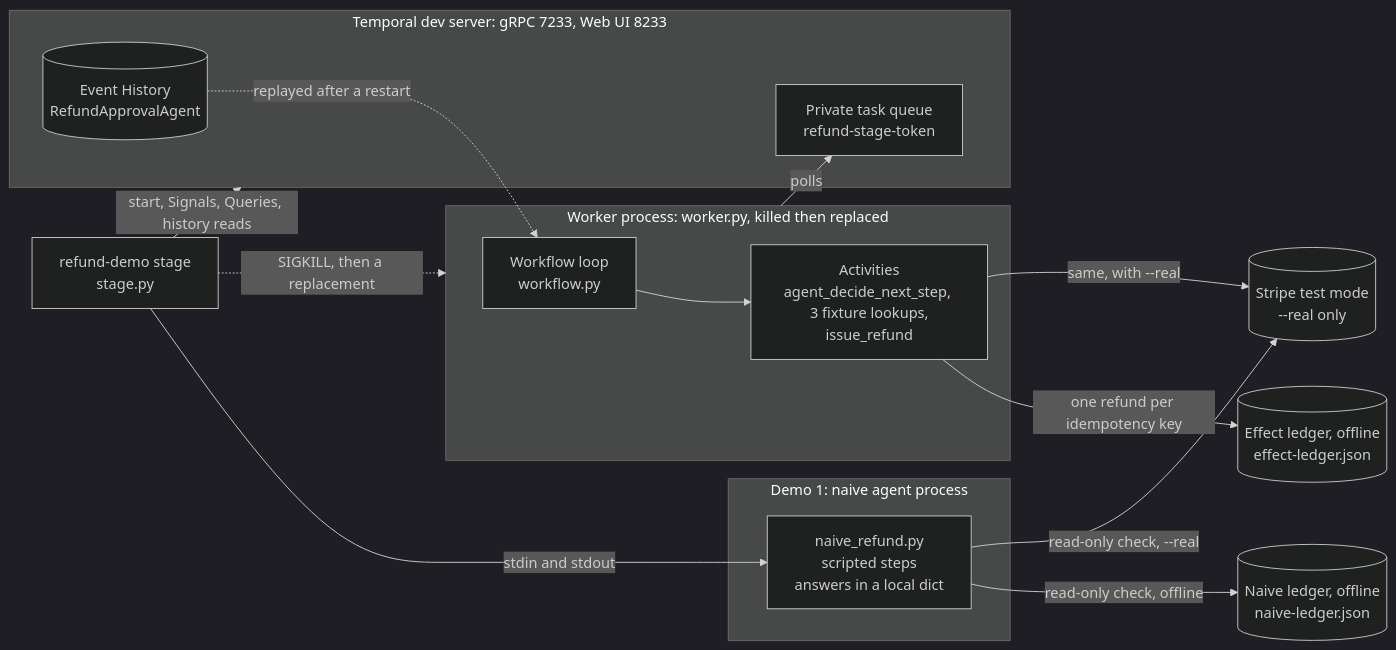
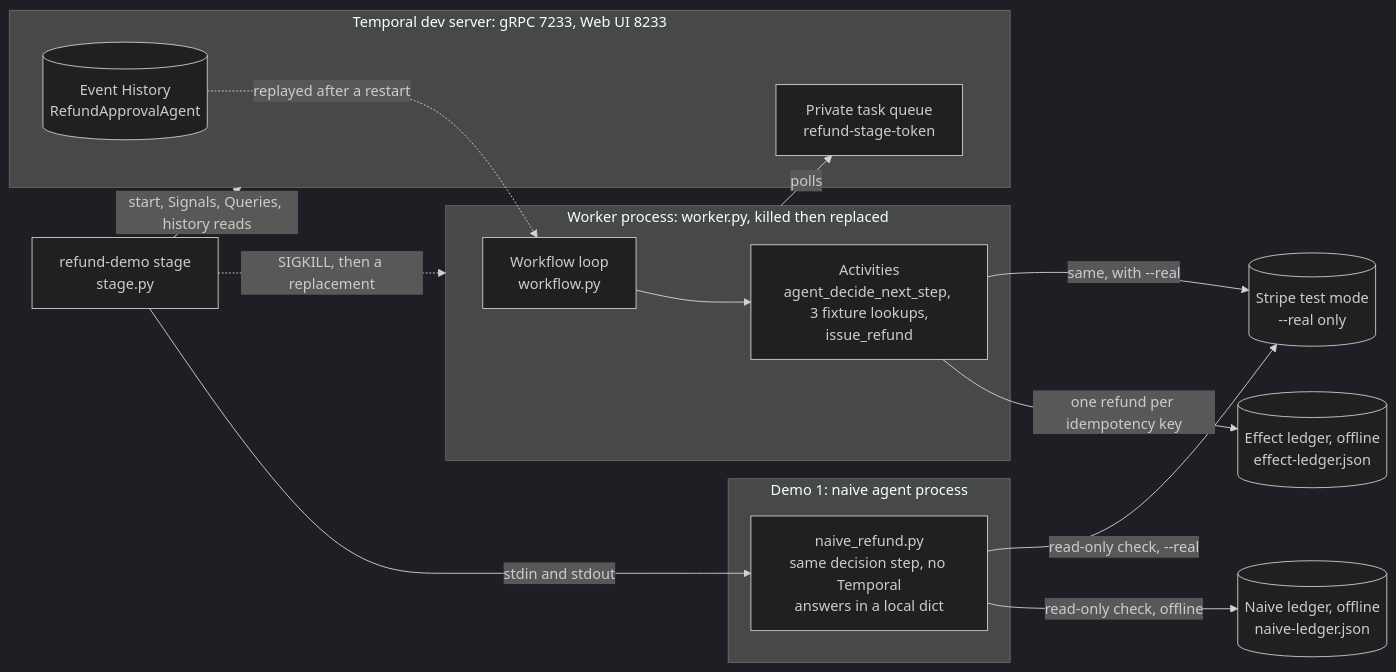
The diagram in README.md (temporal-community/agent-memory-and-state), drawn with Mermaid (dark theme) before and after one commit. The commit also changed other lines of this file and 19 other files, not shown here.

First line of the commit message:
Recording follow-ups 2: live-model Demo 1, dollars, memory tags, takeaways (#15)

````diff
--- a/README.md
+++ b/README.md
@@ -154,30 +181,30 @@
 ```mermaid
 flowchart LR
     accTitle: How the guided stage demo is wired
-    accDescr: The refund-demo stage command drives both demos. Demo 1 is a scripted naive agent process that keeps its answers in memory, and after it is killed a new process only reads the effect owner. Demo 2 starts a Temporal Workflow on a local dev server. A separate Worker process polls a private task queue on that server and runs the Workflow loop and its Activities. The stage kills that Worker and starts a replacement, which replays Event History to rebuild the loop and then issues one refund to the offline effect ledger, or to Stripe test mode with --real.
+    accDescr: The refund-demo stage command drives both demos. Demo 1 is a naive agent process that runs the same decision step with no Temporal and keeps its answers in memory, and after it is killed a new process only reads the effect owner. Demo 2 starts a Temporal Workflow on a local dev server. A separate Worker process polls a private task queue on that server and runs the Workflow loop and its Activities. The stage kills that Worker and starts a replacement, which replays Event History to rebuild the loop and then issues one refund to the offline effect ledger, or to Stripe test mode with --real.
     stage["refund-demo stage<br/>stage.py"]
     subgraph demo1["Demo 1: naive agent process"]
-        naive["naive_refund.py<br/>scripted steps<br/>answers in a local dict"]
+        naive["naive_refund.py<br/>same decision step, no Temporal<br/>answers in a local dict"]
     end
     subgraph server["Temporal dev server: gRPC 7233, Web UI 8233"]
         queue["Private task queue<br/>refund-stage-token"]
         history[("Event History<br/>RefundApprovalAgent")]
     end
     subgraph worker["Worker process: worker.py, killed then replaced"]
         wf["Workflow loop<br/>workflow.py"]
         acts["Activities<br/>agent_decide_next_step, 3 fixture lookups,<br/>issue_refund"]
     end
     naiveLedger[("Naive ledger, offline<br/>naive-ledger.json")]
     effectLedger[("Effect ledger, offline<br/>effect-ledger.json")]
     stripe[("Stripe test mode<br/>--real only")]
     stage -->|"stdin and stdout"| naive
     naive -->|"read-only check, offline"| naiveLedger
     naive -->|"read-only check, --real"| stripe
     stage -->|"start, Signals, Queries, history reads"| server
     worker -->|"polls"| queue
     history -.->|"replayed after a restart"| wf
     wf --> acts
     acts -->|"one refund per idempotency key"| effectLedger
     acts -->|"same, with --real"| stripe
     stage -.->|"SIGKILL, then a replacement"| worker
 ```
````
